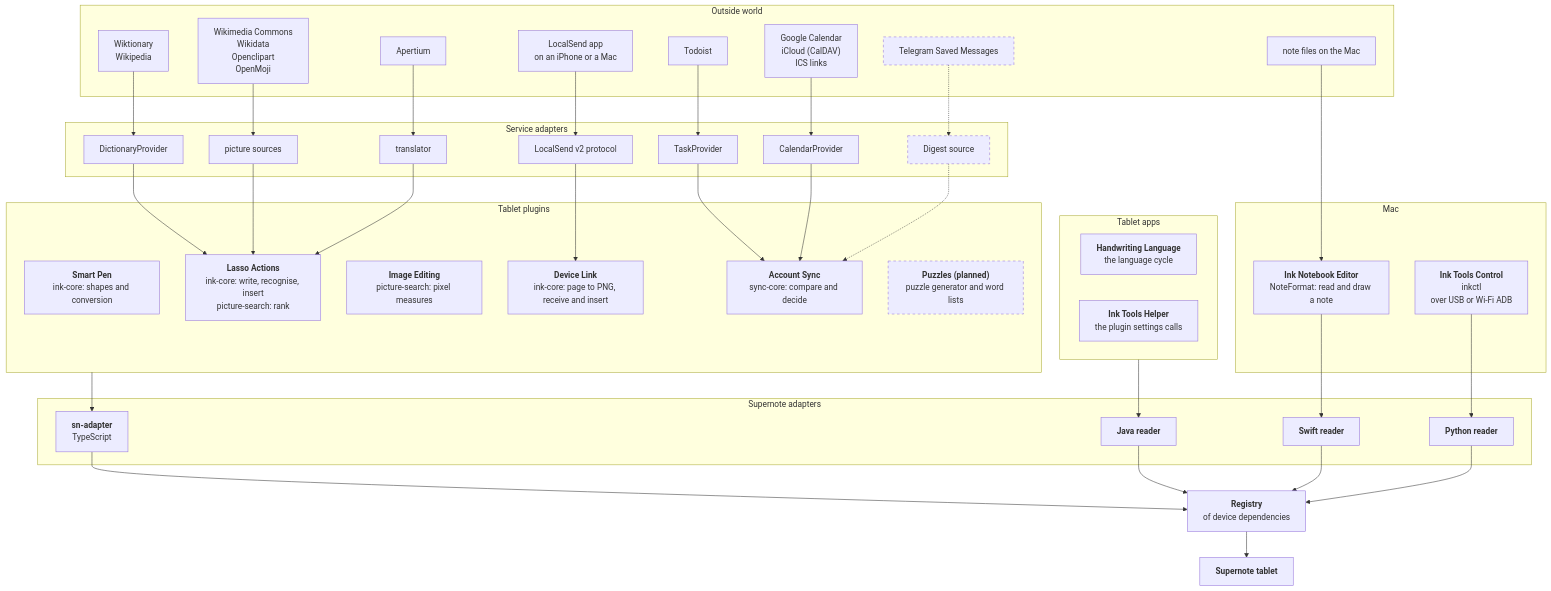
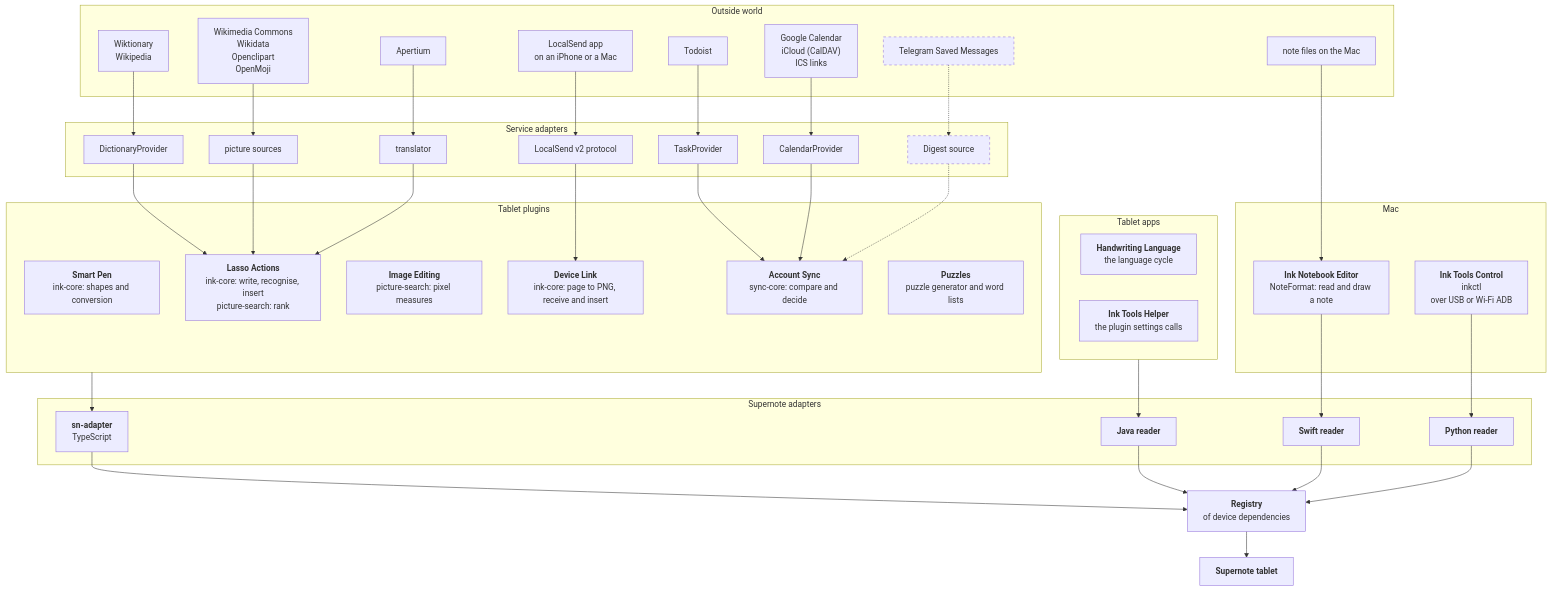
One commit to martonpaulo/ink-tools changed the diagram in README.md. Above: the diagram before and after it, drawn with Mermaid. The commit also changed other lines of this file and 6 other files, not shown here.

````diff
--- a/README.md
+++ b/README.md
@@ -55,74 +55,74 @@
 ```mermaid
 flowchart TB
   accTitle: Tool map: where each tool's data comes from and where it lands
-  accDescr: Top to bottom: the outside services, the service adapters they enter through, the tools grouped by where they run (tablet plugins, tablet apps, Mac), the Supernote adapter of each runtime, the one registry of device dependencies they all read, and the tablet. Tools: Smart Pen; Lasso Actions; Image Editing; Device Link; Account Sync; Puzzles (planned); Handwriting Language; Ink Notebook Editor; Ink Tools Control; Ink Tools Helper.
+  accDescr: Top to bottom: the outside services, the service adapters they enter through, the tools grouped by where they run (tablet plugins, tablet apps, Mac), the Supernote adapter of each runtime, the one registry of device dependencies they all read, and the tablet. Tools: Smart Pen; Lasso Actions; Image Editing; Device Link; Account Sync; Puzzles; Handwriting Language; Ink Notebook Editor; Ink Tools Control; Ink Tools Helper.
   subgraph outside["Outside world"]
     o_wiktionary["Wiktionary<br/>Wikipedia"]
     o_wikimedia_commons["Wikimedia Commons<br/>Wikidata<br/>Openclipart<br/>OpenMoji"]
     o_apertium["Apertium"]
     o_localsend_app["LocalSend app<br/>on an iPhone or a Mac"]
     o_todoist["Todoist"]
     o_google_calendar["Google Calendar<br/>iCloud (CalDAV)<br/>ICS links"]
     o_telegram_saved_messages["Telegram Saved Messages"]
     o_note_files_on_the_mac["note files on the Mac"]
   end
   subgraph services["Service adapters"]
     s_dictionaryprovider["DictionaryProvider"]
     s_picture_sources["picture sources"]
     s_translator["translator"]
     s_localsend_v2_protocol["LocalSend v2 protocol"]
     s_taskprovider["TaskProvider"]
     s_calendarprovider["CalendarProvider"]
     s_digest_source["Digest source"]
   end
   subgraph g_plugins["Tablet plugins"]
     t_smart_pen["<b>Smart Pen</b><br/>ink-core: shapes and conversion"]
     t_lasso_actions["<b>Lasso Actions</b><br/>ink-core: write, recognise, insert<br/>picture-search: rank"]
     t_image_editing["<b>Image Editing</b><br/>picture-search: pixel measures"]
     t_device_link["<b>Device Link</b><br/>ink-core: page to PNG, receive and insert"]
     t_account_sync["<b>Account Sync</b><br/>sync-core: compare and decide"]
-    t_puzzles["<b>Puzzles (planned)</b><br/>puzzle generator and word lists"]
+    t_puzzles["<b>Puzzles</b><br/>puzzle generator and word lists"]
   end
   subgraph g_apps["Tablet apps"]
     t_handwriting_language["<b>Handwriting Language</b><br/>the language cycle"]
     t_ink_tools_helper["<b>Ink Tools Helper</b><br/>the plugin settings calls"]
   end
   subgraph g_mac["Mac"]
     t_ink_notebook_editor["<b>Ink Notebook Editor</b><br/>NoteFormat: read and draw a note"]
     t_ink_tools_control["<b>Ink Tools Control</b><br/>inkctl<br/>over USB or Wi-Fi ADB"]
   end
   subgraph adapters["Supernote adapters"]
     a_ts["<b>sn-adapter</b><br/>TypeScript"]
     a_java["<b>Java reader</b>"]
     a_swift["<b>Swift reader</b>"]
     a_python["<b>Python reader</b>"]
   end
   registry["<b>Registry</b><br/>of device dependencies"]
   tablet["<b>Supernote tablet</b>"]
   o_wiktionary --> s_dictionaryprovider
   s_dictionaryprovider --> t_lasso_actions
   o_wikimedia_commons --> s_picture_sources
   s_picture_sources --> t_lasso_actions
   o_apertium --> s_translator
   s_translator --> t_lasso_actions
   o_localsend_app --> s_localsend_v2_protocol
   s_localsend_v2_protocol --> t_device_link
   o_todoist --> s_taskprovider
   s_taskprovider --> t_account_sync
   o_google_calendar --> s_calendarprovider
   s_calendarprovider --> t_account_sync
   o_telegram_saved_messages -.-> s_digest_source
   s_digest_source -.-> t_account_sync
   o_note_files_on_the_mac --> t_ink_notebook_editor
   g_plugins --> a_ts
   g_apps --> a_java
   t_ink_notebook_editor --> a_swift
   t_ink_tools_control --> a_python
   a_ts --> registry
   a_java --> registry
   a_swift --> registry
   a_python --> registry
   registry --> tablet
   classDef planned stroke-dasharray: 5 5
-  class o_telegram_saved_messages,s_digest_source,t_puzzles planned
+  class o_telegram_saved_messages,s_digest_source planned
 ```
````
